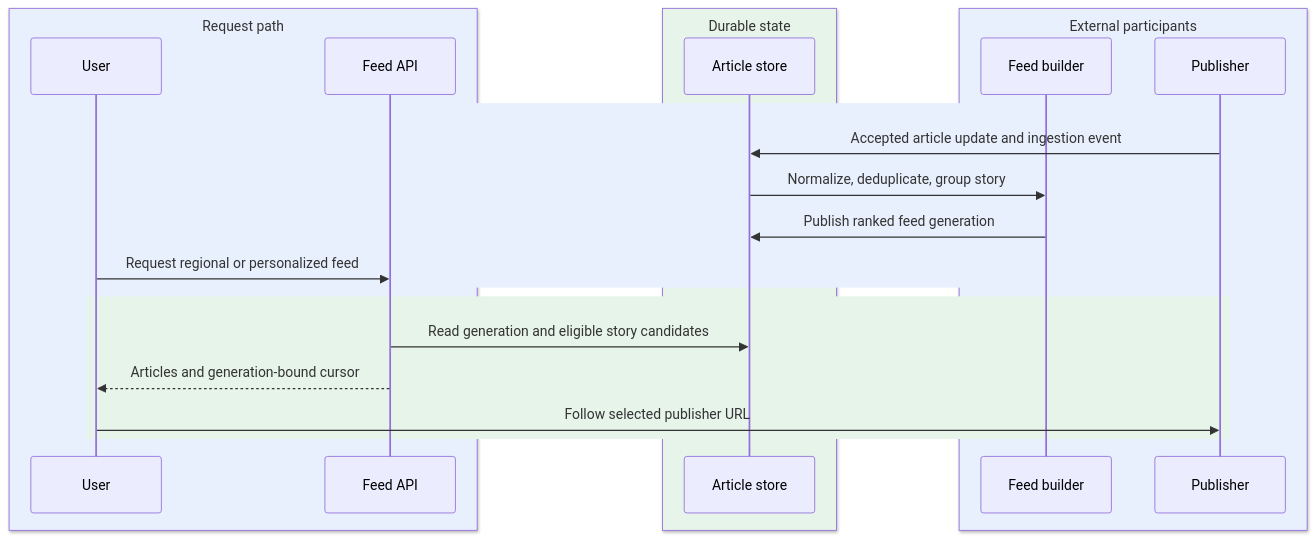
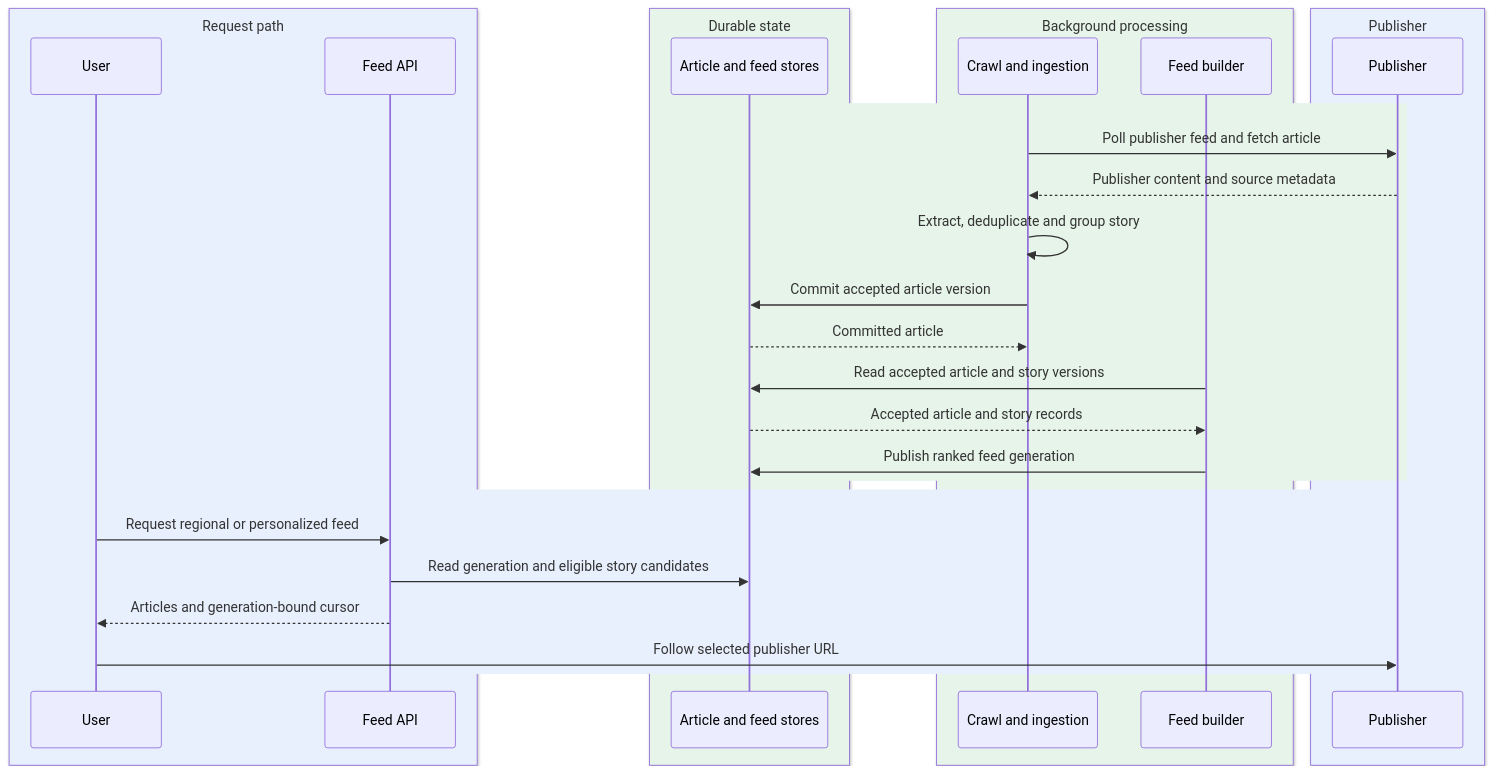
The second of 3 diagrams in _designs/system-design-google-news.md (iliazlobin/iliazlobin.github.io), drawn with Mermaid before and after one commit. The commit also changed other lines of this file and 7 other files, not shown here.

Commit message:
Keep simplified design sequences behind service boundaries

````diff
--- a/_designs/system-design-google-news.md
+++ b/_designs/system-design-google-news.md
@@ -177,25 +177,33 @@
 ```mermaid
 sequenceDiagram
   box rgb(232,240,254) Request path
     participant U as User
     participant A as Feed API
   end
   box rgb(230,244,234) Durable state
-    participant D as Article store
+    participant D as Article and feed stores
   end
-  box rgb(232,240,254) External participants
+  box rgb(230,244,234) Background processing
+    participant I as Crawl and ingestion
     participant W as Feed builder
+  end
+  box rgb(232,240,254) Publisher
     participant C as Publisher
   end
+  rect rgb(230,244,234)
+    I->>C: Poll publisher feed and fetch article
+    C-->>I: Publisher content and source metadata
+    I->>I: Extract, deduplicate and group story
+    I->>D: Commit accepted article version
+    D-->>I: Committed article
+    W->>D: Read accepted article and story versions
+    D-->>W: Accepted article and story records
+    W->>D: Publish ranked feed generation
+  end
   rect rgb(232,240,254)
-    C->>D: Accepted article update and ingestion event
-    D->>W: Normalize, deduplicate, group story
-    W->>D: Publish ranked feed generation
     U->>A: Request regional or personalized feed
-  end
-  rect rgb(230,244,234)
     A->>D: Read generation and eligible story candidates
     A-->>U: Articles and generation-bound cursor
     U->>C: Follow selected publisher URL
   end
 ```
````
